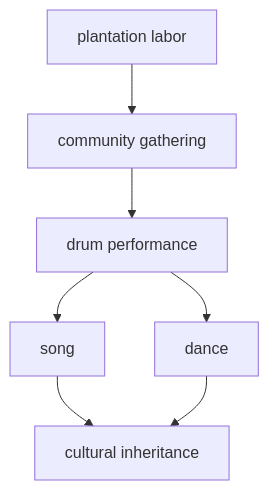
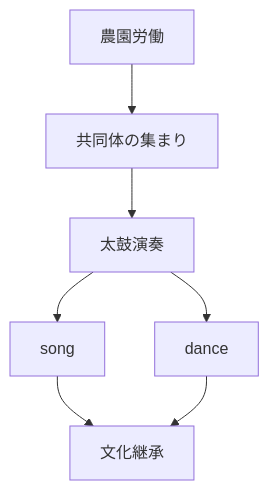
One commit to monumental-movement/monumental-movement.github.io changed the second of 11 diagrams in en/_posts/2026-05-16-column-martinique.md. Above: the diagram before and after it, drawn with Mermaid. The commit also changed other lines of this file and 2196 other files, not shown here.

```diff
--- a/en/_posts/2026-05-16-column-martinique.md
+++ b/en/_posts/2026-05-16-column-martinique.md
@@ -100,9 +100,9 @@
 <div class="mermaid">
 flowchart TD
-A[plantation labor] --> B[community gathering]
-B --> C[drum performance]
+A[農園労働] --> B[共同体の集まり]
+B --> C[太鼓演奏]
 C --> D[song]
 C --> E[dance]
-D --> F[cultural inheritance]
+D --> F[文化継承]
 E --> F
 </div>
```
